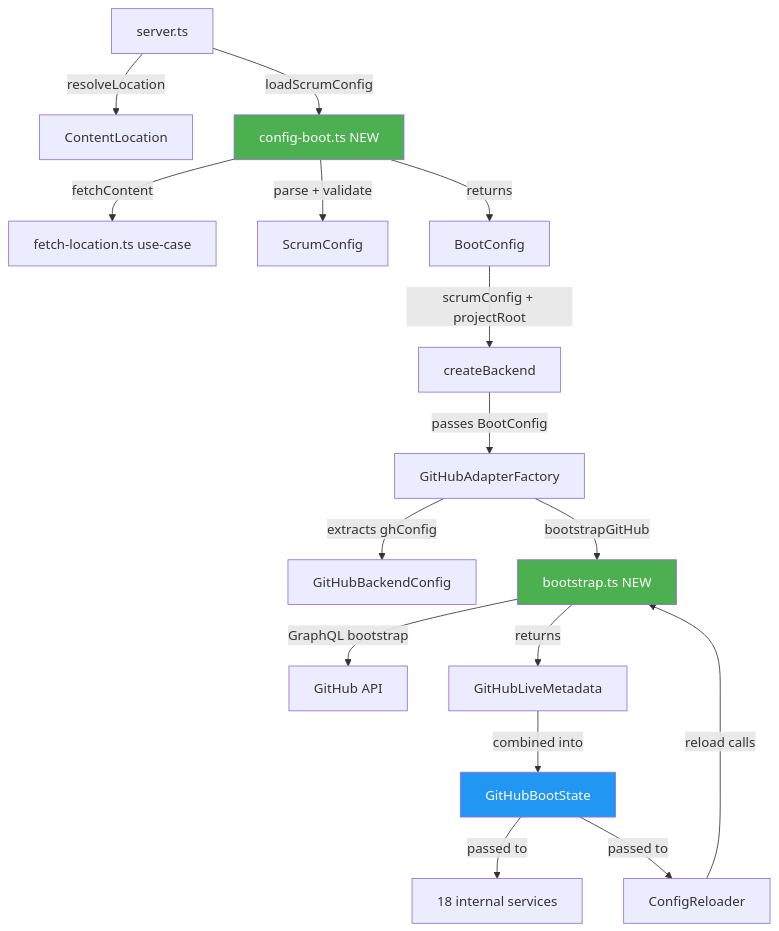
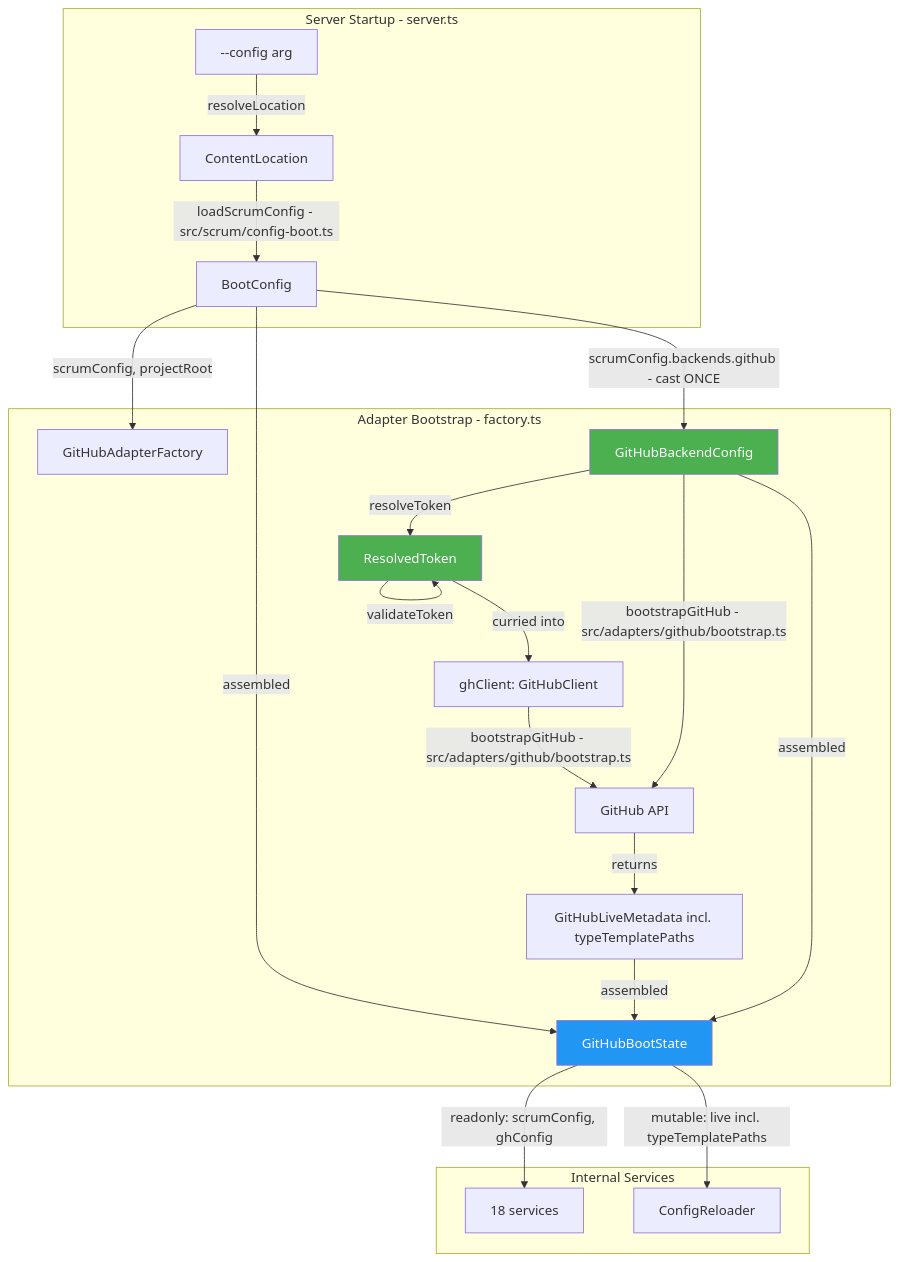
Before and after one commit to hoonsubin/github-projects-mcp-server: the diagram in plans/config-loader-refactor.md, drawn with Mermaid. The commit also changed other lines of this file and 3 other files, not shown here.

````diff
--- a/plans/config-loader-refactor.md
+++ b/plans/config-loader-refactor.md
@@ -53,24 +574,27 @@
 ```mermaid
 flowchart TD
-    A[server.ts] -->|resolveLocation| B[ContentLocation]
-    A -->|loadScrumConfig| C[config-boot.ts NEW]
-    C -->|fetchContent| D[fetch-location.ts use-case]
-    C -->|parse + validate| E[ScrumConfig]
-    C -->|returns| F[BootConfig]
-    F -->|scrumConfig + projectRoot| G[createBackend]
+    subgraph "Server Startup - server.ts"
+        A[--config arg] -->|resolveLocation| B[ContentLocation]
+        B -->|loadScrumConfig - src/scrum/config-boot.ts| C[BootConfig]
+    end
 
-    G -->|passes BootConfig| H[GitHubAdapterFactory]
-    H -->|extracts ghConfig| I[GitHubBackendConfig]
-    H -->|bootstrapGitHub| J[bootstrap.ts NEW]
-    J -->|GraphQL bootstrap| K[GitHub API]
-    J -->|returns| L[GitHubLiveMetadata]
-    L -->|combined into| M[GitHubBootState]
+    subgraph "Adapter Bootstrap - factory.ts"
+        C -->|scrumConfig, projectRoot| D[GitHubAdapterFactory]
+        C -->|scrumConfig.backends.github - cast ONCE| E[GitHubBackendConfig]
+        E -->|resolveToken| F[ResolvedToken]
+        F -->|validateToken| F
+        F -->|curried into| G["ghClient: GitHubClient"]
+        E & G -->|bootstrapGitHub - src/adapters/github/bootstrap.ts| H[GitHub API]
+        H -->|returns| I[GitHubLiveMetadata incl. typeTemplatePaths]
+        E & I & C -->|assembled| J[GitHubBootState]
+    end
 
-    M -->|passed to| N[18 internal services]
-    M -->|passed to| O[ConfigReloader]
-    O -->|reload calls| J
+    subgraph "Internal Services"
+        J -->|readonly: scrumConfig, ghConfig| K[18 services]
+        J -->|mutable: live incl. typeTemplatePaths| L[ConfigReloader]
+    end
 
-    style C fill:#4caf50,color:#fff
-    style J fill:#4caf50,color:#fff
-    style M fill:#2196f3,color:#fff
+    style F fill:#4caf50,color:#fff
+    style E fill:#4caf50,color:#fff
+    style J fill:#2196f3,color:#fff
 ```
````
